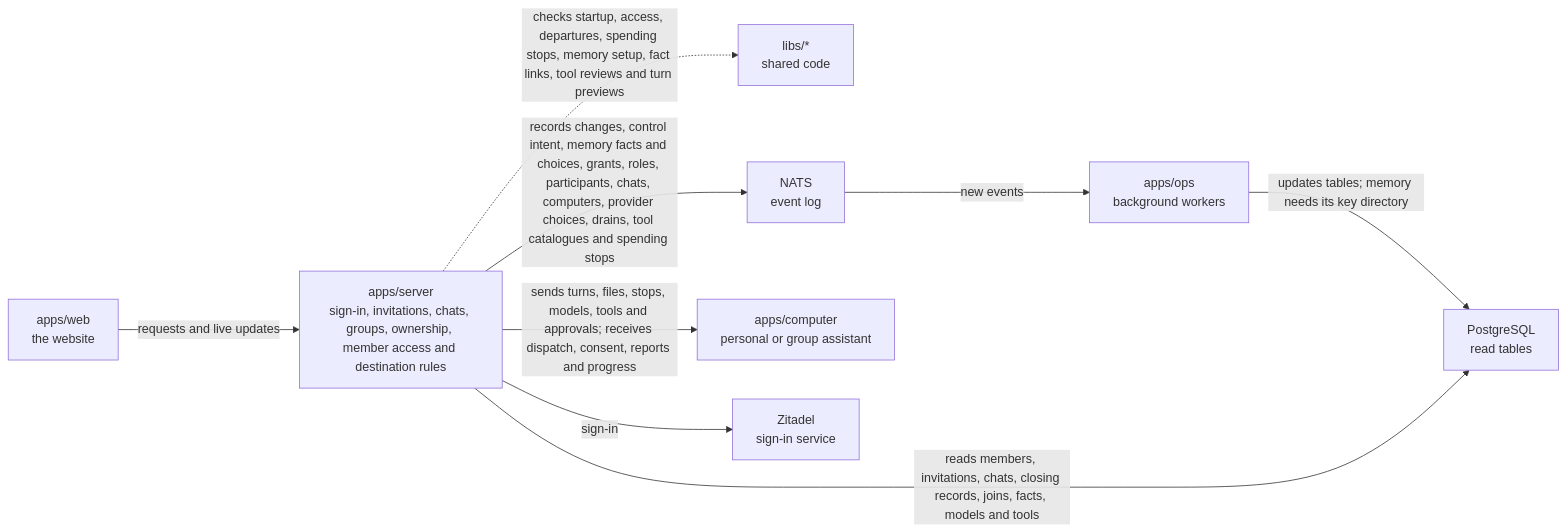
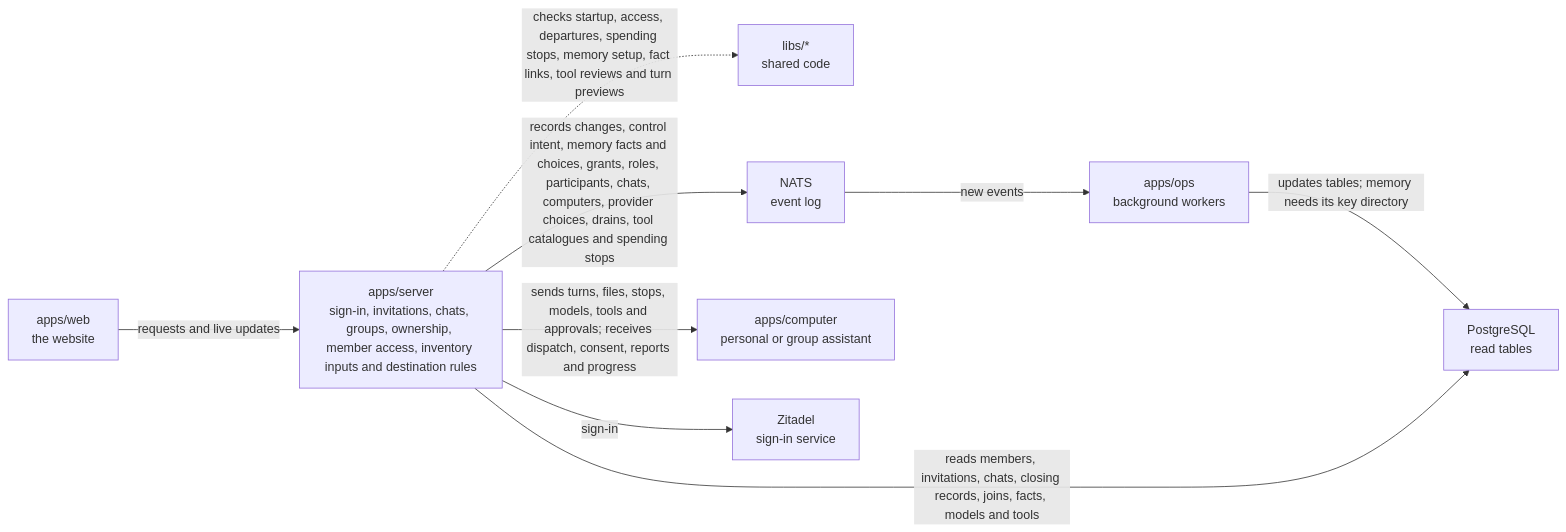
Before and after one commit to elewa-git/opencrane-new: the diagram in apps/server/README.md, drawn with Mermaid. The commit also changed other lines of this file and 16 other files, not shown here.

Commit message:
🗂️ Index member inventory inputs and block incomplete reviews

````diff
--- a/apps/server/README.md
+++ b/apps/server/README.md
@@ -11,11 +11,11 @@
 ```mermaid
 flowchart LR
-  web["apps/web<br/>the website"] -->|requests and live updates| server["apps/server<br/>sign-in, invitations, chats, groups, ownership, member access and destination rules"]
+  web["apps/web<br/>the website"] -->|requests and live updates| server["apps/server<br/>sign-in, invitations, chats, groups, ownership, member access, inventory inputs and destination rules"]
   server -.->|checks startup, access, departures, spending stops, memory setup, fact links, tool reviews and turn previews| libs["libs/*<br/>shared code"]
   server -->|records changes, control intent, memory facts and choices, grants, roles, participants, chats, computers, provider choices, drains, tool catalogues and spending stops| nats["NATS<br/>event log"]
   nats -->|new events| ops["apps/ops<br/>background workers"]
   ops -->|updates tables; memory needs its key directory| postgres["PostgreSQL<br/>read tables"]
   server -->|reads members, invitations, chats, closing records, joins, facts, models and tools| postgres
   server -->|sends turns, files, stops, models, tools and approvals; receives dispatch, consent, reports and progress| computer["apps/computer<br/>personal or group assistant"]
   server -->|sign-in| zitadel["Zitadel<br/>sign-in service"]
 ```
````
